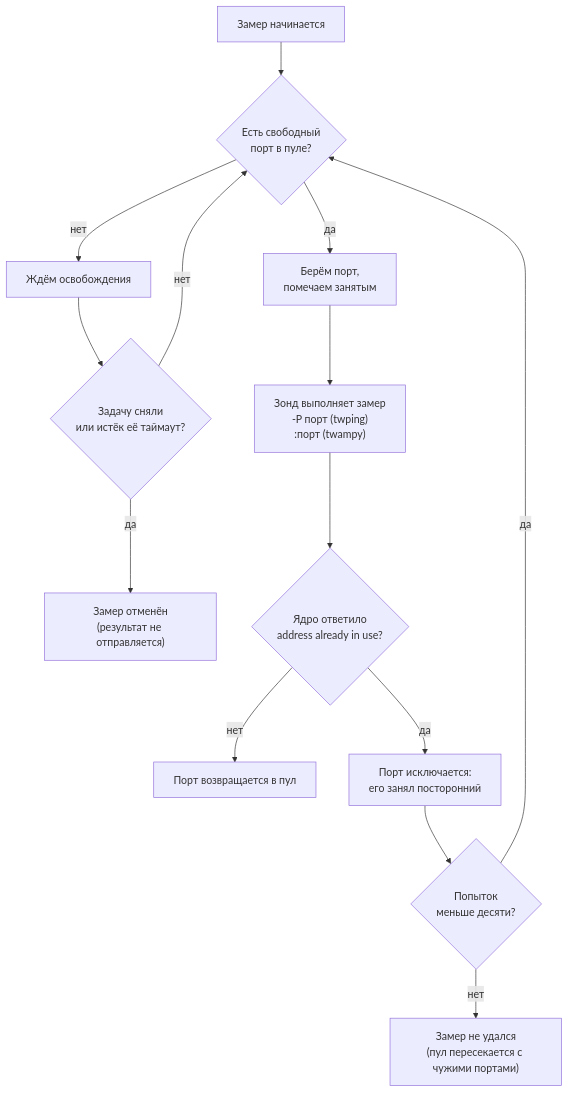
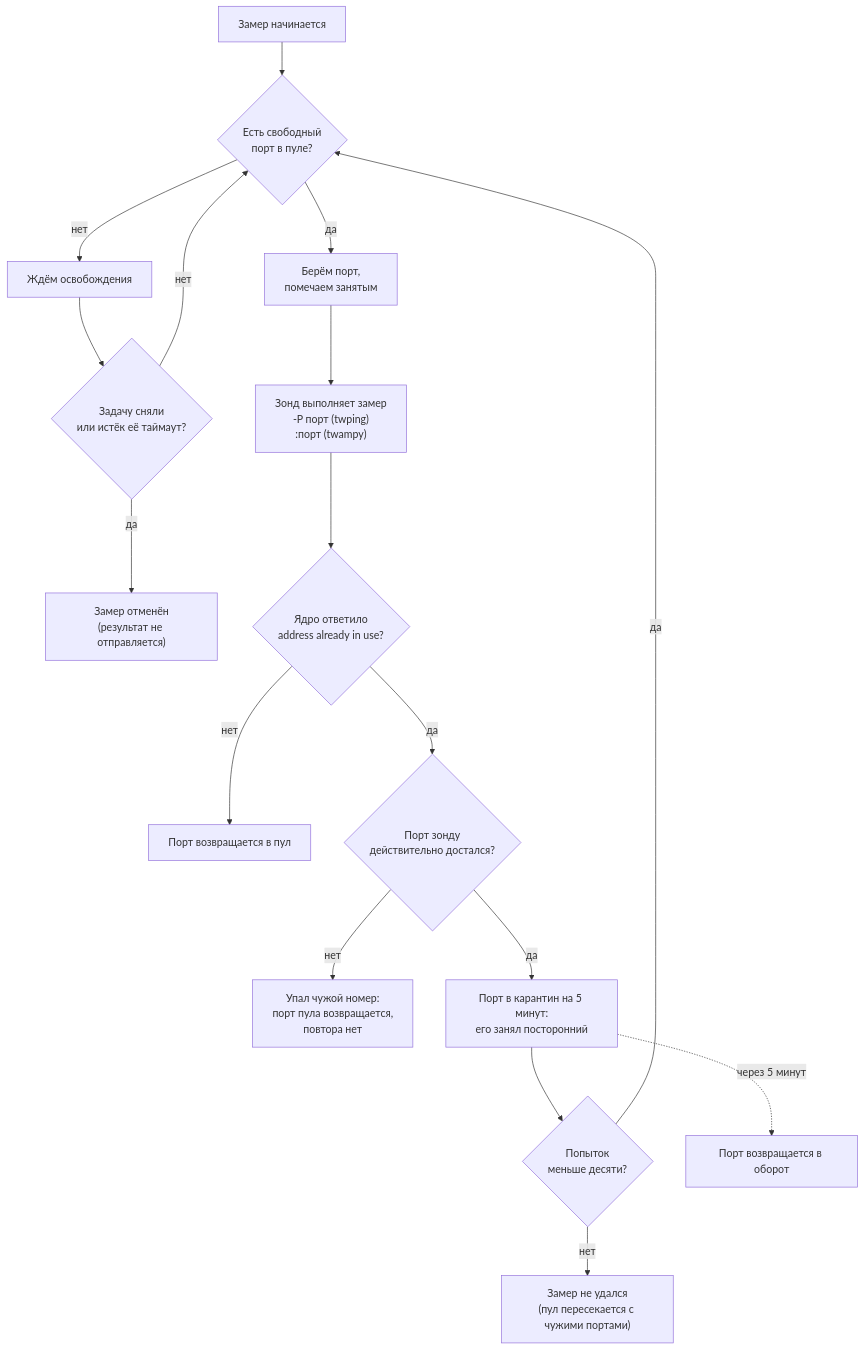
Before and after one commit to akprof2000/twamp-probe: the first of 2 diagrams in docs/parallelism.md, drawn with Mermaid. The commit also changed other lines of this file and 14 other files, not shown here.

````diff
--- a/docs/parallelism.md
+++ b/docs/parallelism.md
@@ -183,16 +183,19 @@
 ```mermaid
 flowchart TD
     start["Замер начинается"] --> check{"Есть свободный<br/>порт в пуле?"}
     check -->|да| take["Берём порт,<br/>помечаем занятым"]
     check -->|нет| wait["Ждём освобождения"]
     wait --> cancelled{"Задачу сняли<br/>или истёк её таймаут?"}
     cancelled -->|да| drop["Замер отменён<br/>(результат не отправляется)"]
     cancelled -->|нет| check
     take --> run["Зонд выполняет замер<br/>-P порт (twping)<br/>:порт (twampy)"]
     run --> busy{"Ядро ответило<br/>address already in use?"}
     busy -->|нет| release["Порт возвращается в пул"]
-    busy -->|да| ban["Порт исключается:<br/>его занял посторонний"]
+    busy -->|да| ours{"Порт зонду<br/>действительно достался?"}
+    ours -->|нет| foreign["Упал чужой номер:<br/>порт пула возвращается,<br/>повтора нет"]
+    ours -->|да| ban["Порт в карантин на 5 минут:<br/>его занял посторонний"]
     ban --> again{"Попыток<br/>меньше десяти?"}
     again -->|да| check
     again -->|нет| fail["Замер не удался<br/>(пул пересекается с чужими портами)"]
+    ban -.->|через 5 минут| back["Порт возвращается в оборот"]
 ```
````
